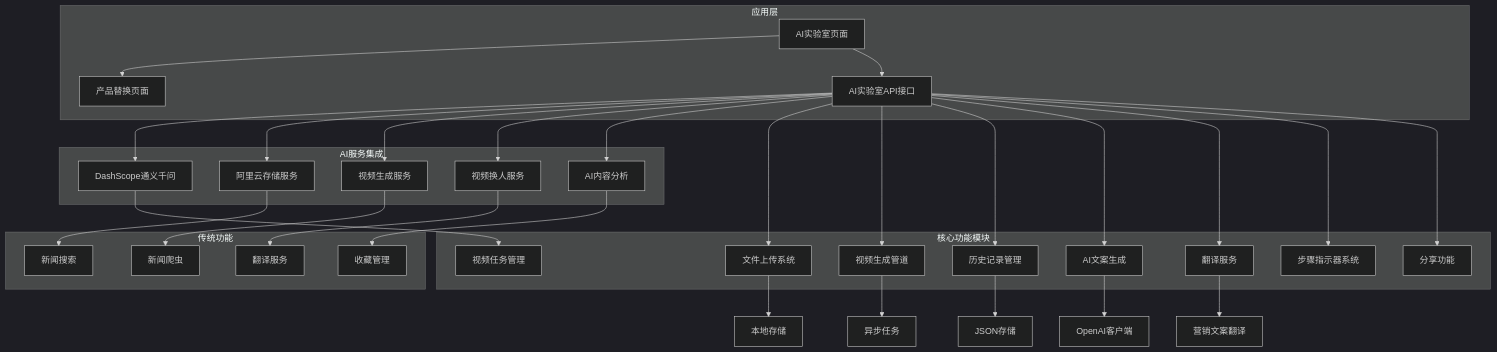
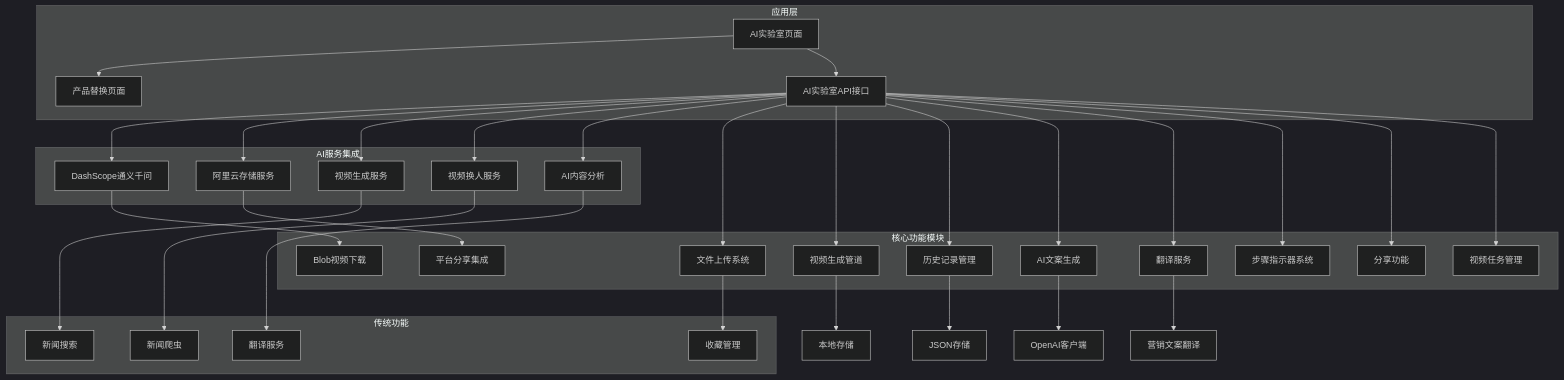
One commit to zuozuoliu740-cmd/xianxiong-news changed the first of 22 diagrams in .qoder/repowiki/zh/content/核心功能模块/AI实验室模块.md. Above: the diagram before and after it, drawn with Mermaid (dark theme). The commit also changed other lines of this file and 20 other files, not shown here.

````diff
--- a/.qoder/repowiki/zh/content/核心功能模块/AI实验室模块.md
+++ b/.qoder/repowiki/zh/content/核心功能模块/AI实验室模块.md
@@ -76,55 +73,58 @@
 ```mermaid
 graph TB
 subgraph "应用层"
 A[AI实验室页面]
 B[产品替换页面]
 C[AI实验室API接口]
 end
 subgraph "AI服务集成"
 D[DashScope通义千问]
 E[阿里云存储服务]
 F[视频生成服务]
 G[视频换人服务]
 H[AI内容分析]
 end
 subgraph "核心功能模块"
 I[文件上传系统]
 J[视频生成管道]
 K[历史记录管理]
 L[AI文案生成]
 M[翻译服务]
 N[步骤指示器系统]
 O[分享功能]
 P[视频任务管理]
+Q[Blob视频下载]
+R[平台分享集成]
 end
 subgraph "传统功能"
-Q[新闻搜索]
-R[新闻爬虫]
-S[翻译服务]
-T[收藏管理]
+S[新闻搜索]
+T[新闻爬虫]
+U[翻译服务]
+V[收藏管理]
 end
 A --> B
 A --> C
 C --> D
 C --> E
 C --> F
 C --> G
 C --> H
 C --> I
 C --> J
 C --> K
 C --> L
 C --> M
 C --> N
 C --> O
-D --> P
-E --> Q
-F --> R
-G --> S
-H --> T
-I --> U[本地存储]
-J --> V[异步任务]
-K --> W[JSON存储]
-L --> X[OpenAI客户端]
-M --> Y[营销文案翻译]
+C --> P
+D --> Q
+E --> R
+F --> S
+G --> T
+H --> U
+I --> V
+J --> W[本地存储]
+K --> X[JSON存储]
+L --> Y[OpenAI客户端]
+M --> Z[营销文案翻译]
 ```
````
